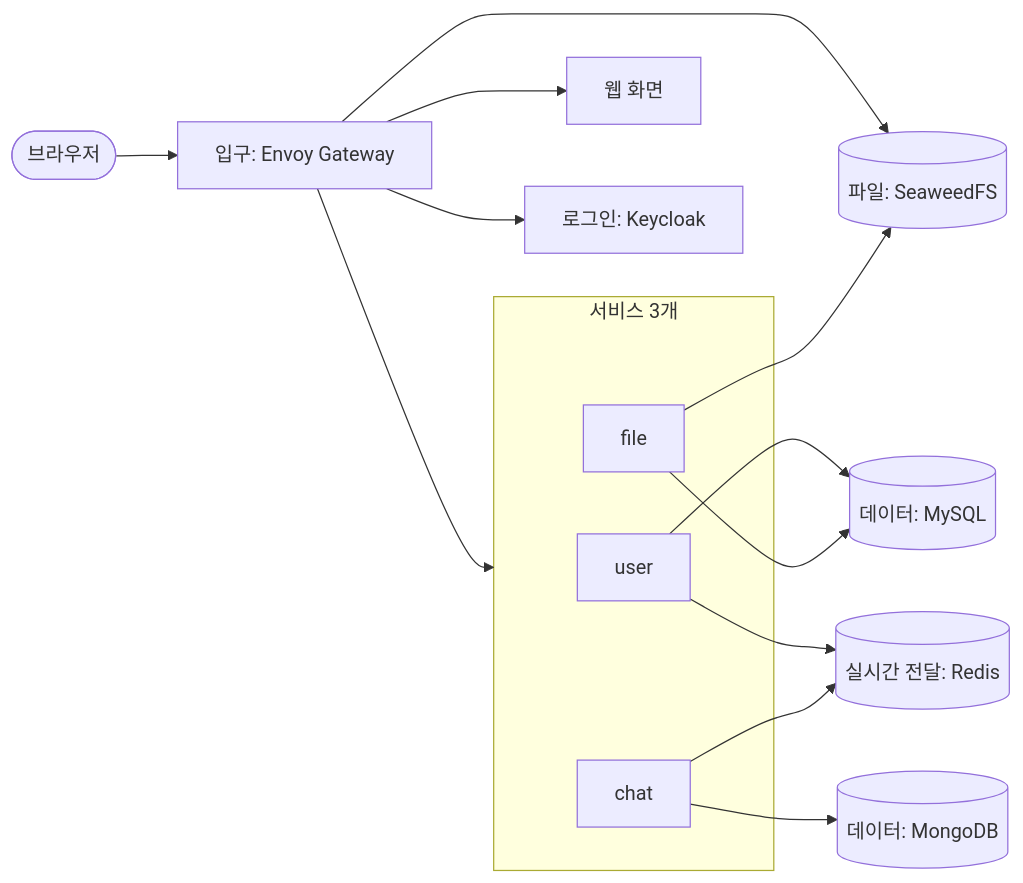
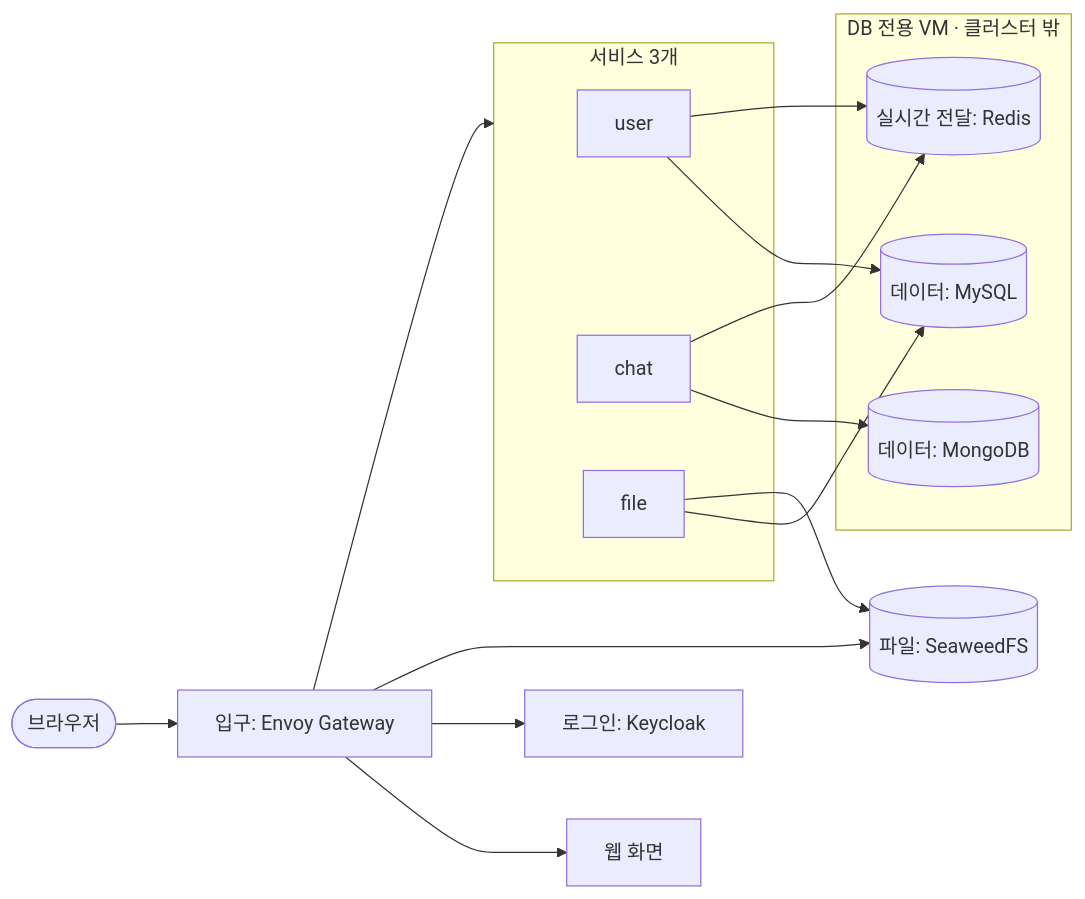
One commit to ktcloud-cloudnative-2026/team03-HelloCloud changed the second of 4 diagrams in docs/architecture.md. Above: the diagram before and after it, drawn with Mermaid. The commit also changed other lines of this file and 1 other file, not shown here.

Commit message:
docs: DB VM에 MongoDB와 Redis 절차 추가 (#96)
* docs: DB VM에 MongoDB와 Redis 절차 추가

* docs: Redis 저장 끄기와 아키텍처에 DB VM 표시

---------

````diff
--- a/docs/architecture.md
+++ b/docs/architecture.md
@@ -22,17 +22,22 @@
 ```mermaid
 flowchart LR
   subgraph apps[서비스 3개]
     us[user]
     cs[chat]
     fs[file]
   end
+  subgraph dbvm[DB 전용 VM · 클러스터 밖]
+    my[(데이터: MySQL)]
+    mg[(데이터: MongoDB)]
+    rd[(실시간 전달: Redis)]
+  end
   user([브라우저]) --> gw[입구: Envoy Gateway]
   gw --> web[웹 화면]
   gw --> kc[로그인: Keycloak]
   gw --> apps
   gw --> sw[(파일: SeaweedFS)]
-  us & fs --> my[(데이터: MySQL)]
-  cs --> mg[(데이터: MongoDB)]
-  us & cs --> rd[(실시간 전달: Redis)]
+  us & fs --> my
+  cs --> mg
+  us & cs --> rd
   fs --> sw
 ```
````
